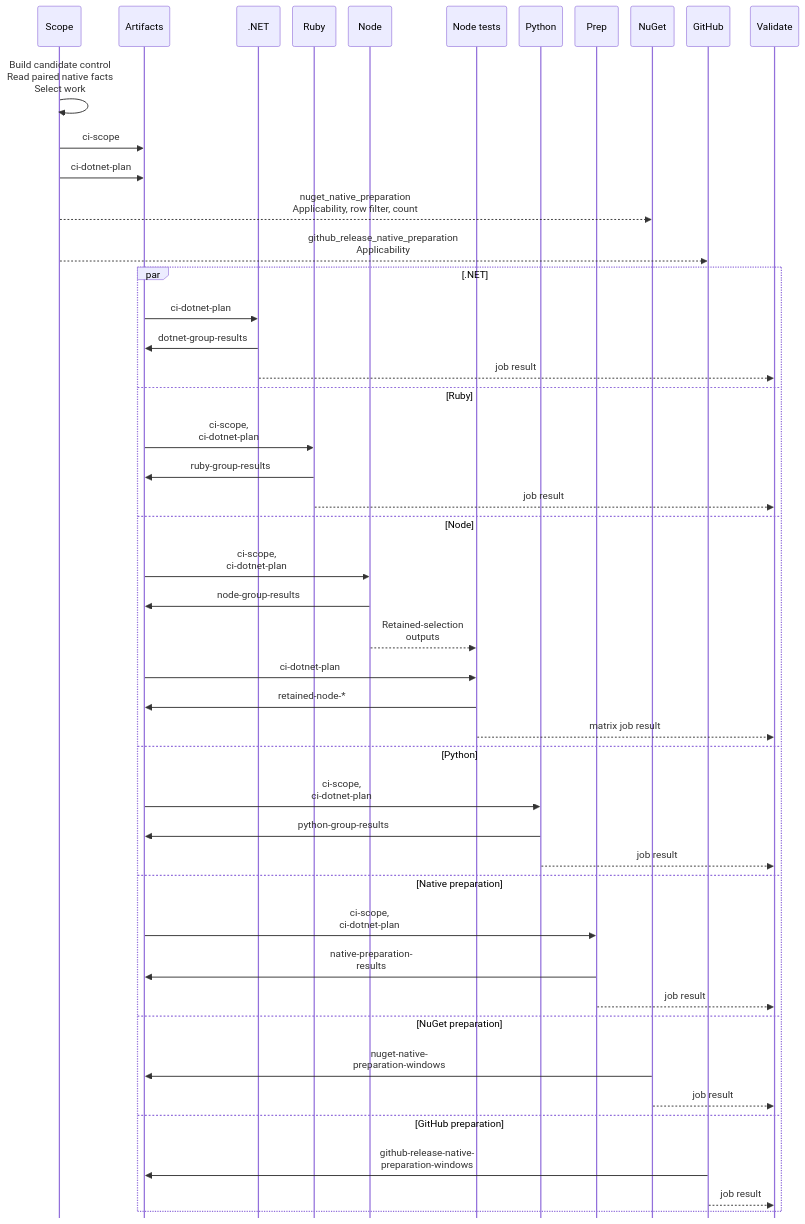
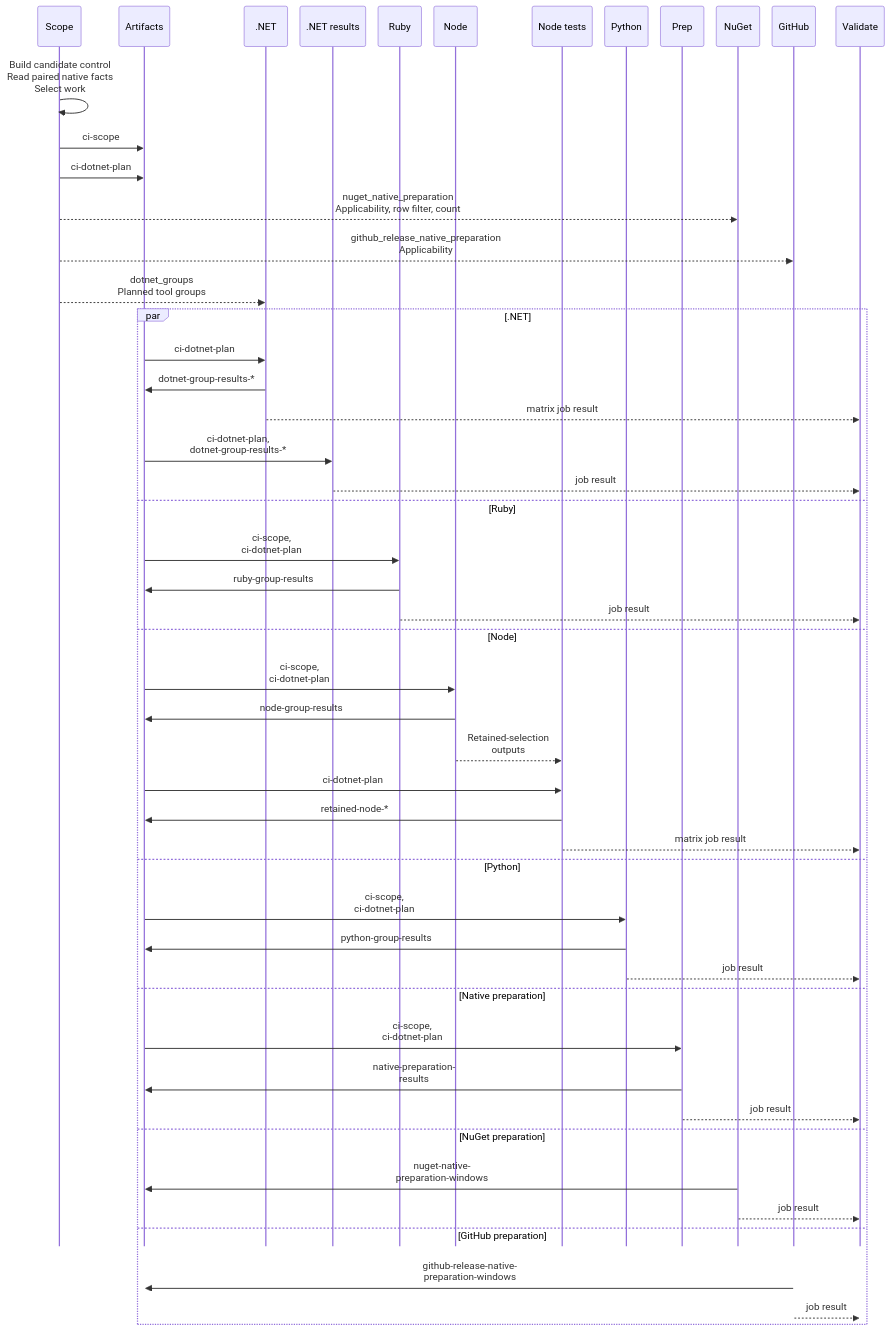
One commit to hcoona/three changed the second of 2 diagrams in src/private/app/workflow-delivery/docs/design/ci.md. Above: the diagram before and after it, drawn with Mermaid. The commit also changed other lines of this file and 1 other file, not shown here.

First line of the commit message:
docs(workflow-delivery): design the .NET external-tool dimension (#1520)

````diff
--- a/src/private/app/workflow-delivery/docs/design/ci.md
+++ b/src/private/app/workflow-delivery/docs/design/ci.md
@@ -95,50 +101,54 @@
 ```mermaid
 %%{init: {"sequence": {"width": 70, "actorMargin": 20, "mirrorActors": false}}}%%
 sequenceDiagram
     participant Scope
     participant Store as Artifacts
     participant DotNet as .NET
+    participant DotNetJoin as .NET results
     participant Ruby
     participant Node
     participant NodeTests as Node tests
     participant Python
     participant Prep
     participant NuGet
     participant Github as GitHub
     participant Validate
     Scope->>Scope: Build candidate control<br/>Read paired native facts<br/>Select work
     Scope->>Store: ci-scope
     Scope->>Store: ci-dotnet-plan
     Scope-->>NuGet: nuget_native_preparation<br/>Applicability, row filter, count
     Scope-->>Github: github_release_native_preparation<br/>Applicability
+    Scope-->>DotNet: dotnet_groups<br/>Planned tool groups
     par .NET
         Store->>DotNet: ci-dotnet-plan
-        DotNet->>Store: dotnet-group-results
-        DotNet-->>Validate: job result
+        DotNet->>Store: dotnet-group-results-*
+        DotNet-->>Validate: matrix job result
+        Store->>DotNetJoin: ci-dotnet-plan,<br/>dotnet-group-results-*
+        DotNetJoin-->>Validate: job result
     and Ruby
         Store->>Ruby: ci-scope,<br/>ci-dotnet-plan
         Ruby->>Store: ruby-group-results
         Ruby-->>Validate: job result
     and Node
         Store->>Node: ci-scope,<br/>ci-dotnet-plan
         Node->>Store: node-group-results
         Node-->>NodeTests: Retained-selection<br/>outputs
         Store->>NodeTests: ci-dotnet-plan
         NodeTests->>Store: retained-node-*
         NodeTests-->>Validate: matrix job result
     and Python
         Store->>Python: ci-scope,<br/>ci-dotnet-plan
         Python->>Store: python-group-results
         Python-->>Validate: job result
     and Native preparation
         Store->>Prep: ci-scope,<br/>ci-dotnet-plan
         Prep->>Store: native-preparation-<br/>results
         Prep-->>Validate: job result
     and NuGet preparation
         NuGet->>Store: nuget-native-<br/>preparation-windows
         NuGet-->>Validate: job result
     and GitHub preparation
         Github->>Store: github-release-native-<br/>preparation-windows
         Github-->>Validate: job result
     end
 ```
````
